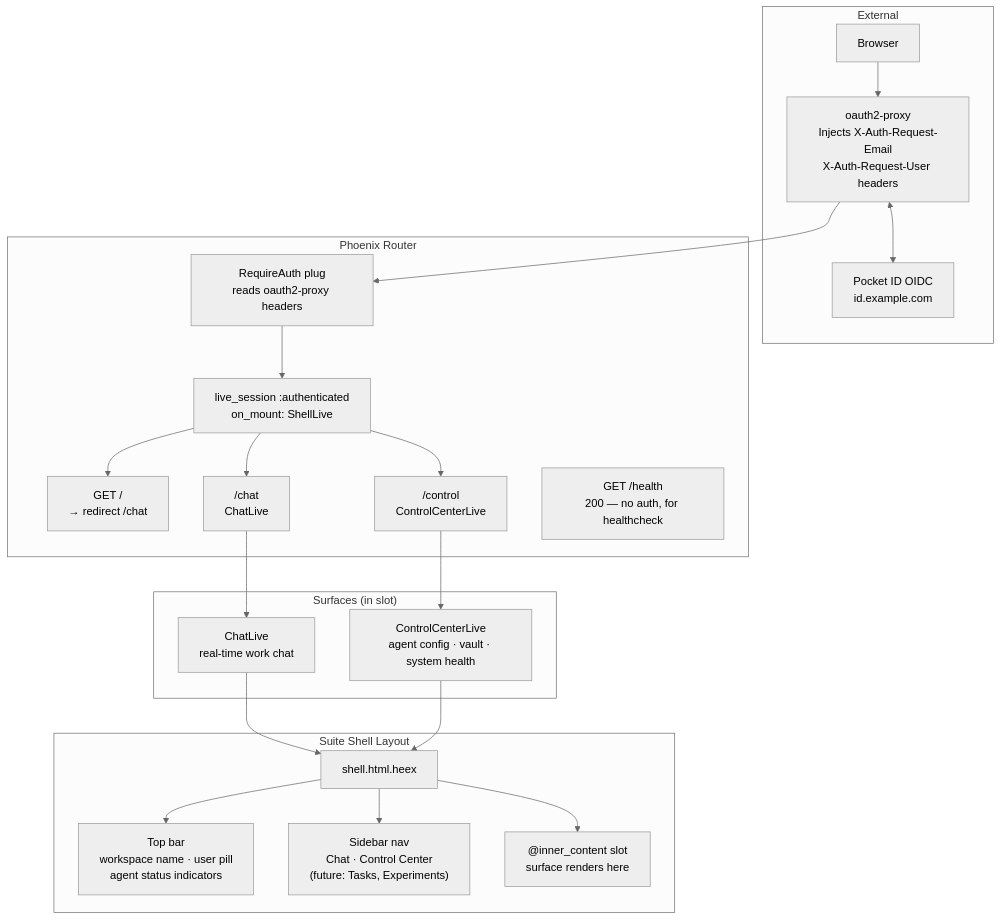
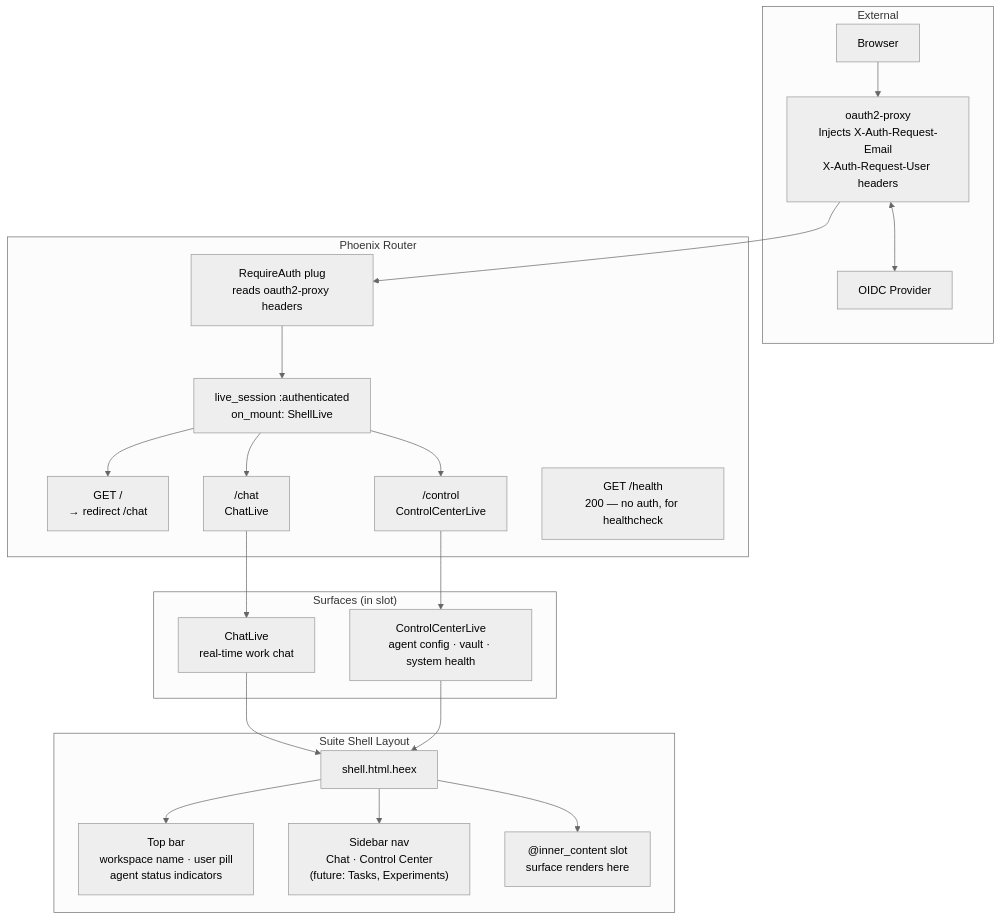
One commit to GetBurrowing/core changed the first of 2 diagrams in docs/architecture/05-suite-shell-adr-0009.md. Above: the diagram before and after it, drawn with Mermaid (neutral theme). The commit also changed other lines of this file and 20 other files, not shown here.

````diff
--- a/docs/architecture/05-suite-shell-adr-0009.md
+++ b/docs/architecture/05-suite-shell-adr-0009.md
@@ -5,39 +5,39 @@
 ```mermaid
 graph TB
   subgraph External["External"]
     Browser["Browser"]
     OAuthProxy["oauth2-proxy<br/>Injects X-Auth-Request-Email<br/>X-Auth-Request-User headers"]
-    PocketID["Pocket ID OIDC<br/>id.example.com"]
+    OIDCProvider["OIDC Provider"]
   end
 
   subgraph Phoenix["Phoenix Router"]
     RequireAuth["RequireAuth plug<br/>reads oauth2-proxy headers"]
     LiveSession["live_session :authenticated<br/>on_mount: ShellLive"]
     RootRoute["GET /<br/>→ redirect /chat"]
     ChatRoute["/chat<br/>ChatLive"]
     ControlRoute["/control<br/>ControlCenterLive"]
     HealthRoute["GET /health<br/>200 — no auth, for healthcheck"]
   end
 
   subgraph ShellLayout["Suite Shell Layout"]
     ShellHeex["shell.html.heex"]
     TopBar["Top bar<br/>workspace name · user pill<br/>agent status indicators"]
     Sidebar["Sidebar nav<br/>Chat · Control Center<br/>(future: Tasks, Experiments)"]
     ContentSlot["@inner_content slot<br/>surface renders here"]
   end
 
   subgraph Surfaces["Surfaces (in slot)"]
     ChatLive["ChatLive<br/>real-time work chat"]
     ControlCenter["ControlCenterLive<br/>agent config · vault · system health"]
   end
 
   Browser --> OAuthProxy
-  OAuthProxy <--> PocketID
+  OAuthProxy <--> OIDCProvider
   OAuthProxy --> RequireAuth
   RequireAuth --> LiveSession
   LiveSession --> RootRoute & ChatRoute & ControlRoute
   ChatRoute --> ChatLive
   ControlRoute --> ControlCenter
   ChatLive & ControlCenter --> ShellHeex
   ShellHeex --> TopBar & Sidebar & ContentSlot
 ```
````
